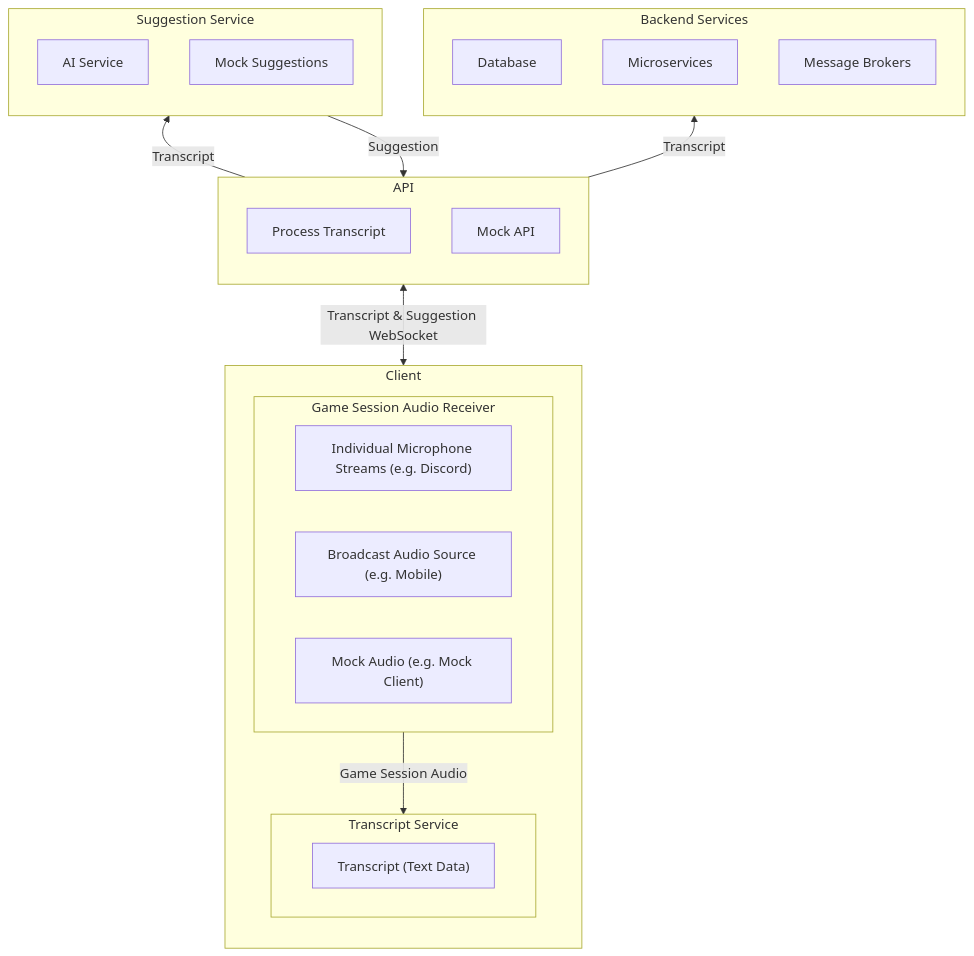
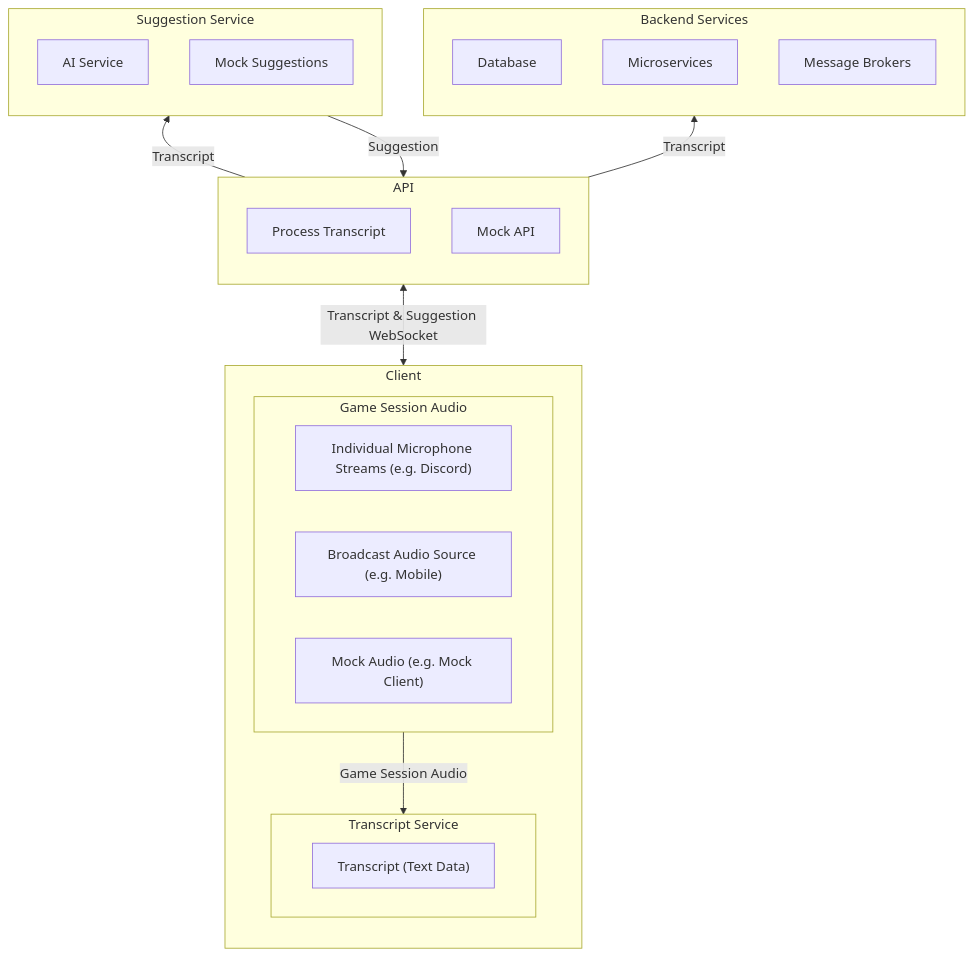
The diagram in README.md (illMadeCoder/poc_co_gm), drawn with Mermaid before and after one commit. The commit also changed other lines of this file, not shown here.

````diff
--- a/README.md
+++ b/README.md
@@ -54,39 +53,39 @@
 ```mermaid
 flowchart BT
     subgraph Backend ["Backend Services"]
         direction TB
         Backend1["Database"]
         Backend2["Microservices"]
         Backend3["Message Brokers"]
     end
 
     subgraph API ["API"]
         direction TB
         API1["Process Transcript"]
         API2["Mock API"]
     end
 
     subgraph Suggestion ["Suggestion Service"]
         direction TB
         Suggestion1["AI Service"]
         Suggestion2["Mock Suggestions"]
     end
 
     subgraph Client ["Client"]
         direction TB
             subgraph Transcript["Transcript Service"]
             Transcript1["Transcript (Text Data)"]
         end
-        subgraph Audio["Game Session Audio Receiver"]
+        subgraph Audio["Game Session Audio"]
             Audio1["Individual Microphone Streams (e.g. Discord)"]
             Audio2["Broadcast Audio Source (e.g. Mobile)"]
             Audio3["Mock Audio (e.g. Mock Client)"]
         end
     end
     
     Audio -->|Game Session Audio| Transcript
     Client <-->|Transcript & Suggestion WebSocket| API
     API --> |Transcript| Suggestion
     Suggestion --> |Suggestion| API
     API --> |Transcript| Backend
 ```
````
